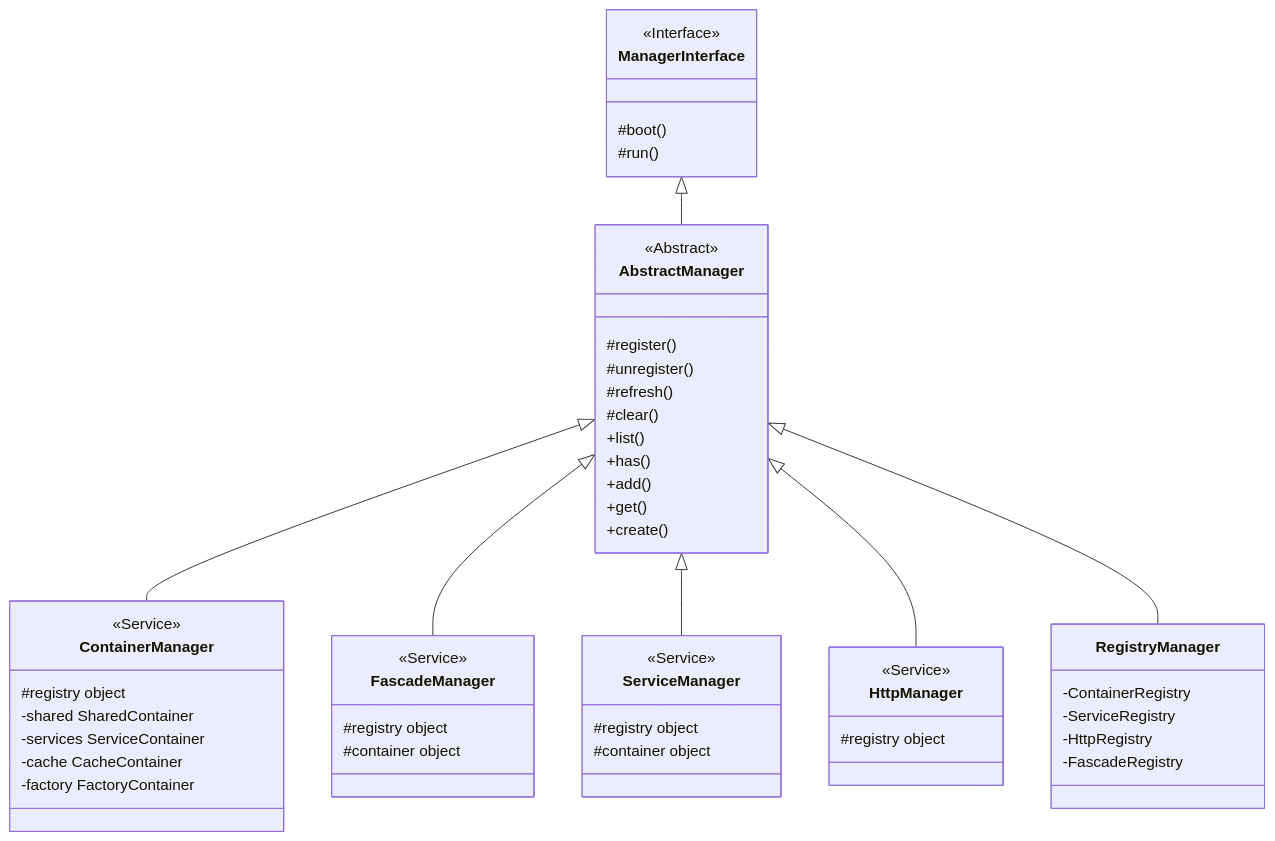
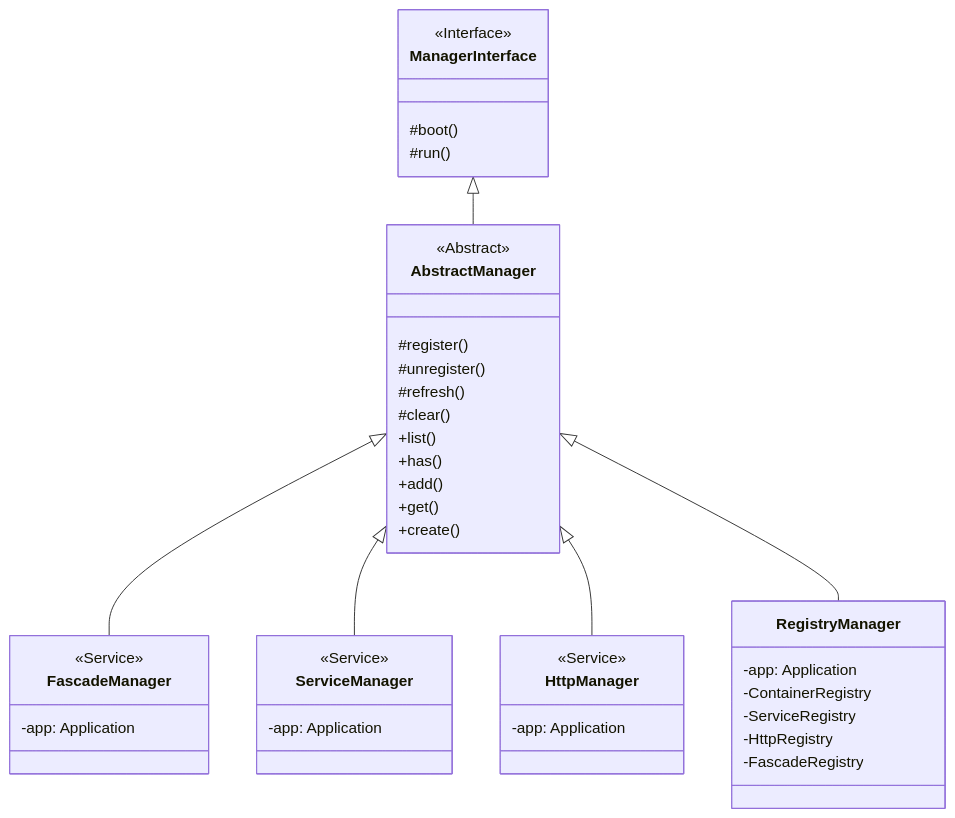
One commit to mnaatjes/sandbox-php changed the fourth of 7 diagrams in docs/features/feature-application.md. Above: the diagram before and after it, drawn with Mermaid. The commit also changed other lines of this file and 2 other files, not shown here.

Commit message:
diagrams

````diff
--- a/docs/features/feature-application.md
+++ b/docs/features/feature-application.md
@@ -406,65 +454,54 @@
 ```mermaid
 classDiagram
   direction TD
   class ManagerInterface {
     <<Interface>>
     #boot()
     #run()
   }
 
   class AbstractManager {
     <<Abstract>>
     #register()
     #unregister()
     #refresh()
     #clear()
     +list()
     +has()
     +add()
     +get()
     +create()
   }
 
-  class ContainerManager {
-    <<Service>>
-    #registry object
-    -shared SharedContainer
-    -services ServiceContainer
-    -cache CacheContainer
-    -factory FactoryContainer
-  }
-
   class FascadeManager {
     <<Service>>
-    #registry object
-    #container object
+    -app: Application
   }
 
   class ServiceManager {
     <<Service>>
-    #registry object
-    #container object
+    -app: Application
   }
 
   class HttpManager {
     <<Service>>
-    #registry object
+    -app: Application
   }
 
   class RegistryManager {
+    -app: Application
     -ContainerRegistry
     -ServiceRegistry
     -HttpRegistry
     -FascadeRegistry
   }
 
   %% Relationship: AbstractManager IMPLEMENTS ManagerInterface
   %% Relationship: *Manager EXTENDS AbstractManager
   ManagerInterface <|-- AbstractManager
-  AbstractManager <|-- ContainerManager
   AbstractManager <|-- FascadeManager
   AbstractManager <|-- ServiceManager
   AbstractManager <|-- HttpManager
   AbstractManager <|-- RegistryManager
 
 ```
````
